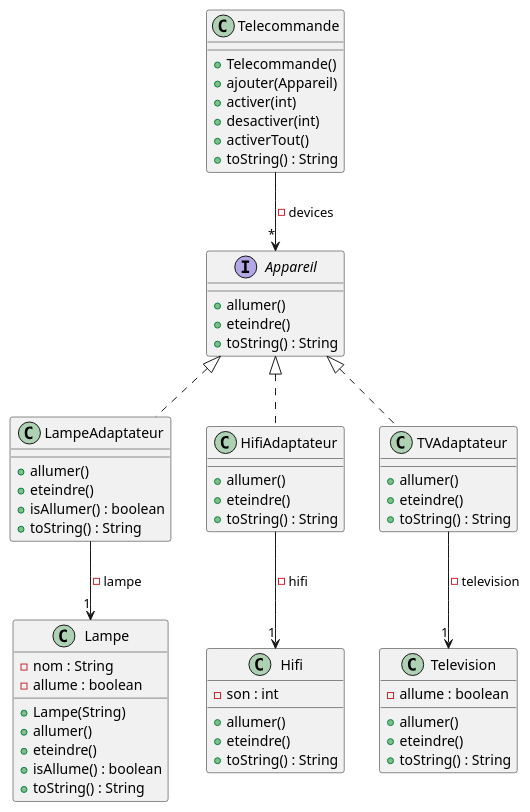
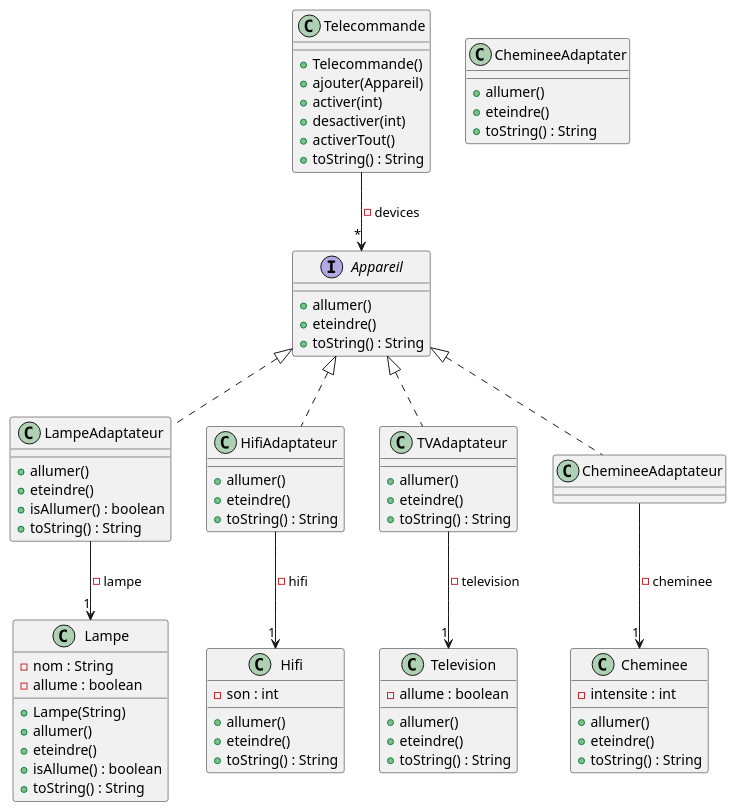
Before and after one commit to Hugo-COLLIN/BUT_S2_COO_domotique: the diagram in TD8/ressources/diagramClasse.puml, drawn with PlantUML.

Commit message:
Diagramme avec Cheminee ajoutee

```diff
--- a/TD8/ressources/diagramClasse.puml
+++ b/TD8/ressources/diagramClasse.puml
@@ -1,72 +1,89 @@
 @startuml
 
 class Lampe {
     - nom : String
     - allume : boolean
     + Lampe(String)
     + allumer()
     + eteindre()
     + isAllume() : boolean
     + toString() : String
 }
 
 class Hifi {
     - son : int
     + allumer()
     + eteindre()
     + toString() : String
 }
 
-class Telecommande {
-    + Telecommande()
-    + ajouter(Appareil)
-    + activer(int)
-    + desactiver(int)
-    + activerTout()
-    + toString() : String
-}
-
 class Television {
     - allume : boolean
     + allumer()
     + eteindre()
     + toString() : String
 }
 
-interface Appareil{
+class Cheminee {
+    - intensite : int
     + allumer()
     + eteindre()
     + toString() : String
 }
 
 class LampeAdaptateur{
     + allumer()
     + eteindre()
     + isAllumer() : boolean
     + toString() : String
 }
 
 class HifiAdaptateur{
     + allumer()
     + eteindre()
     + toString() : String
 }
 
 class TVAdaptateur{
     + allumer()
     + eteindre()
     + toString() : String
 }
 
+class ChemineeAdaptater{
+    + allumer()
+    + eteindre()
+    + toString() : String
+}
+
+
+
+interface Appareil{
+    + allumer()
+    + eteindre()
+    + toString() : String
+}
+
+class Telecommande {
+    + Telecommande()
+    + ajouter(Appareil)
+    + activer(int)
+    + desactiver(int)
+    + activerTout()
+    + toString() : String
+}
+
 Appareil <|.. LampeAdaptateur
 Appareil <|.. HifiAdaptateur
 Appareil <|.. TVAdaptateur
+Appareil <|.. ChemineeAdaptateur
 
 LampeAdaptateur --> "1" Lampe :  - lampe
 HifiAdaptateur --> "1" Hifi : - hifi
 TVAdaptateur --> "1" Television : - television
+ChemineeAdaptateur --> "1" Cheminee : - cheminee
 
 
 Telecommande --> "*" Appareil : - devices
 
 @enduml
```
